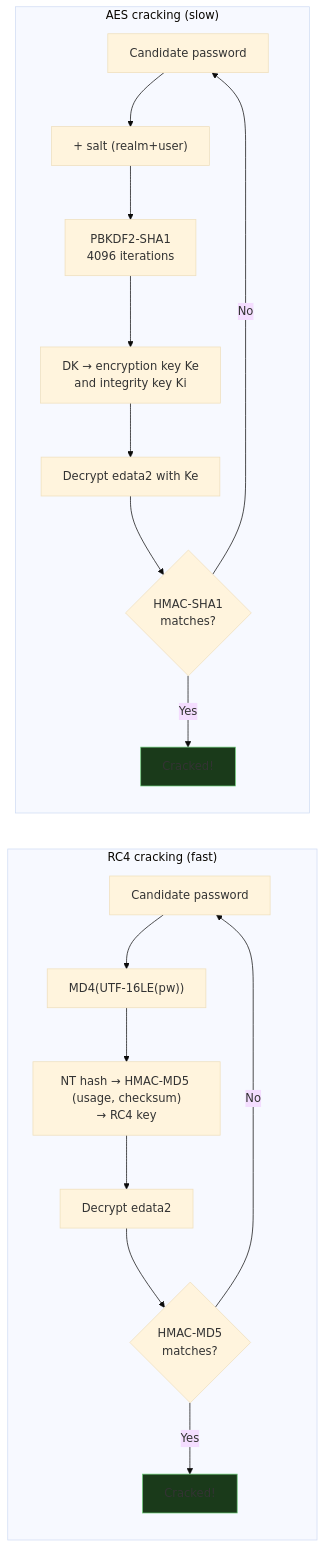
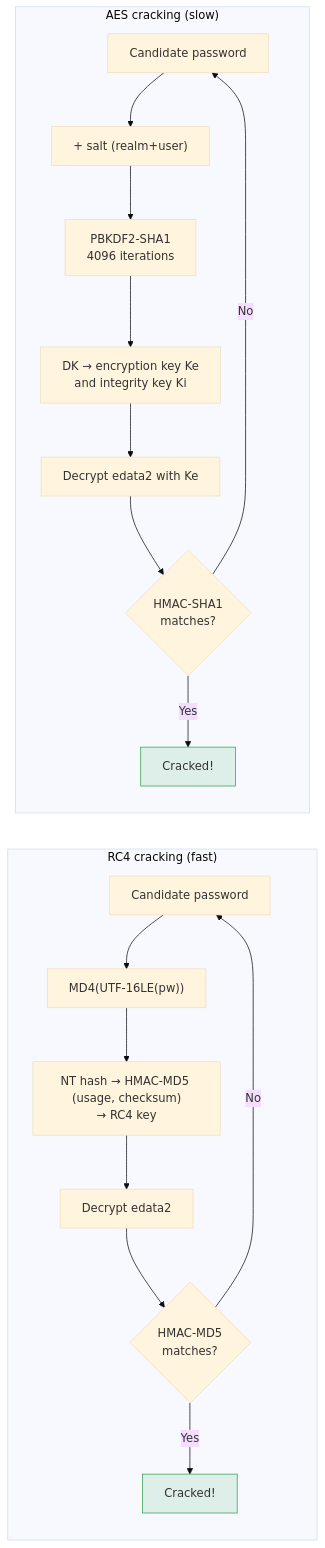
The diagram in docs/cracking/hash-reference.md (StrongWind1/KerbWolf), drawn with Mermaid (base theme) before and after one commit. The commit also changed 4 other files, not shown here.

First line of the commit message:
docs: make diagram fills readable in the light theme

````diff
--- a/docs/cracking/hash-reference.md
+++ b/docs/cracking/hash-reference.md
@@ -145,26 +145,26 @@
 ```mermaid
 flowchart LR
     subgraph RC4["RC4 cracking (fast)"]
         direction TB
         R1["Candidate password"] --> R2["MD4(UTF-16LE(pw))"]
         R2 --> R3["NT hash → HMAC-MD5 (usage, checksum)<br/>→ RC4 key"]
         R3 --> R4["Decrypt edata2"]
         R4 --> R5{"HMAC-MD5<br/>matches?"}
         R5 -->|Yes| R6["Cracked!"]
         R5 -->|No| R1
     end
 
     subgraph AES["AES cracking (slow)"]
         direction TB
         A1["Candidate password"] --> A2["+ salt (realm+user)"]
         A2 --> A3["PBKDF2-SHA1<br/>4096 iterations"]
         A3 --> A4["DK → encryption key Ke<br/>and integrity key Ki"]
         A4 --> A5["Decrypt edata2 with Ke"]
         A5 --> A6{"HMAC-SHA1<br/>matches?"}
         A6 -->|Yes| A7["Cracked!"]
         A6 -->|No| A1
     end
 
-    style R6 fill:#1a3a1a,stroke:#6bcb77
-    style A7 fill:#1a3a1a,stroke:#6bcb77
+    style R6 fill:#2f9e441f,stroke:#2f9e44
+    style A7 fill:#2f9e441f,stroke:#2f9e44
 ```
````
